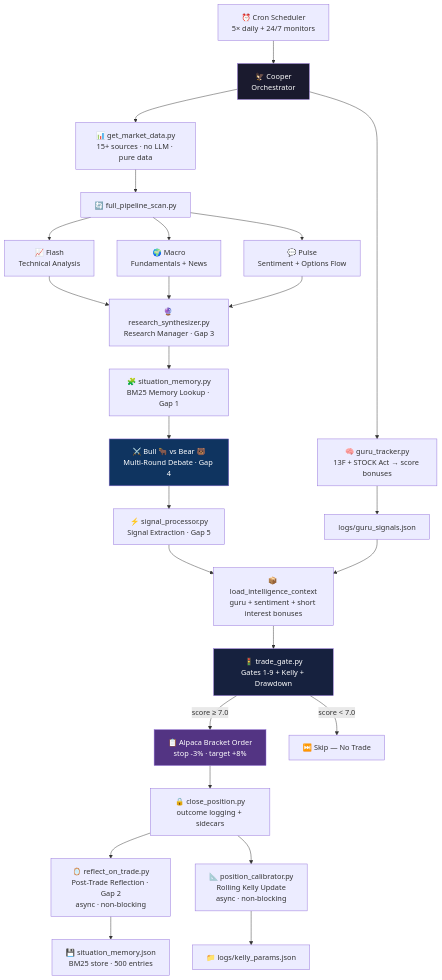
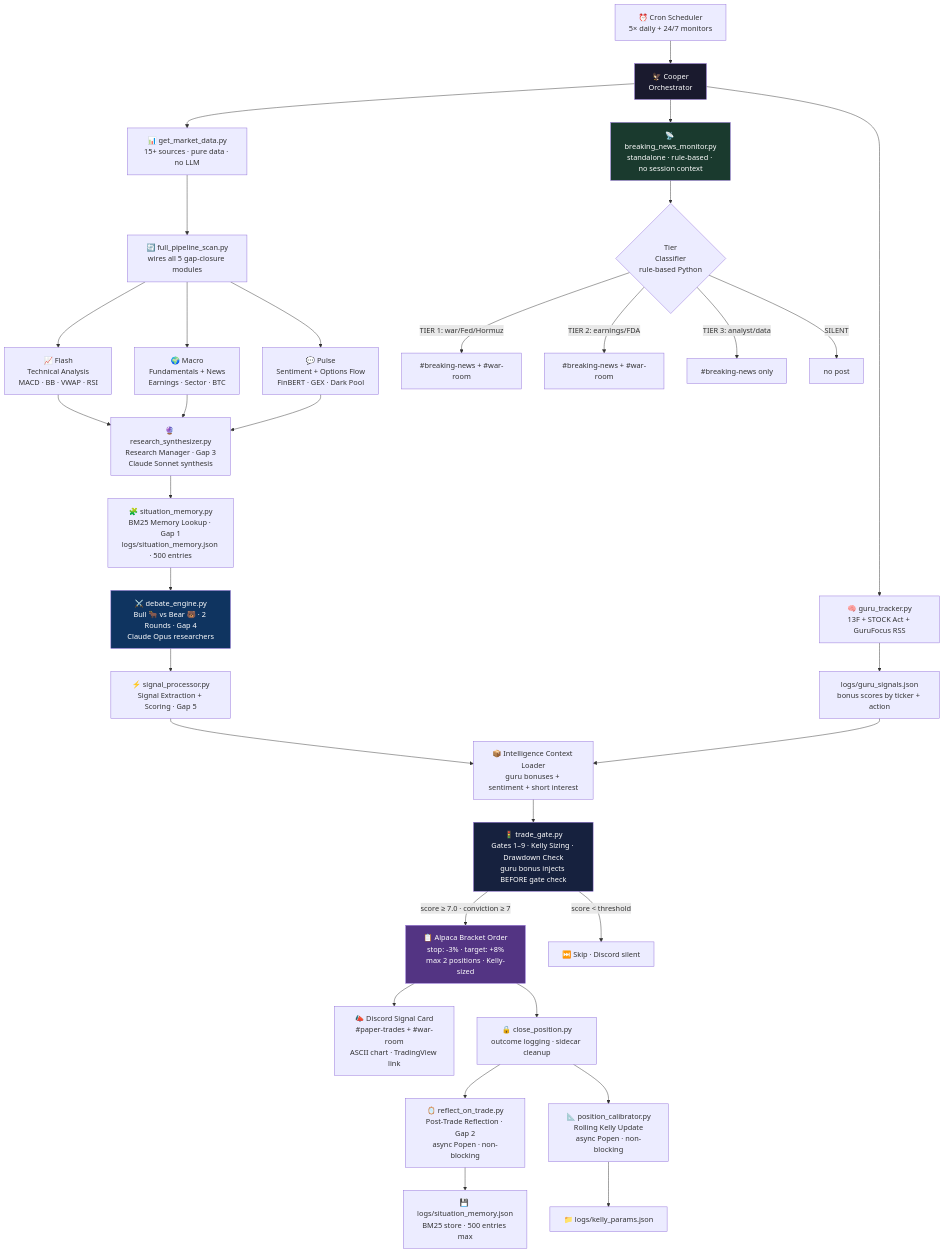
Before and after one commit to oabdelmaksoud/Pro-Trader-PLUGIN: the first of 9 diagrams in README.md, drawn with Mermaid. The commit also changed other lines of this file, not shown here.

First line of the commit message:
docs: comprehensive README overhaul — all current state + 8 Mermaid diagrams

````diff
--- a/README.md
+++ b/README.md
@@ -33,42 +35,51 @@
 ```mermaid
 flowchart TD
     CRON["⏰ Cron Scheduler\n5× daily + 24/7 monitors"] --> COOPER["🦅 Cooper\nOrchestrator"]
 
-    COOPER --> DATA["📊 get_market_data.py\n15+ sources · no LLM · pure data"]
-    COOPER --> GURU["🧠 guru_tracker.py\n13F + STOCK Act → score bonuses"]
+    COOPER --> DATA["📊 get_market_data.py\n15+ sources · pure data · no LLM"]
+    COOPER --> GURU["🧠 guru_tracker.py\n13F + STOCK Act + GuruFocus RSS"]
+    COOPER --> BNM["📡 breaking_news_monitor.py\nstandalone · rule-based · no session context"]
 
-    DATA --> PIPELINE["🔄 full_pipeline_scan.py"]
-    GURU --> SIGNALS["logs/guru_signals.json"]
+    DATA --> PIPELINE["🔄 full_pipeline_scan.py\nwires all 5 gap-closure modules"]
+    GURU --> GSIG["logs/guru_signals.json\nbonus scores by ticker + action"]
 
-    PIPELINE --> FLASH["📈 Flash\nTechnical Analysis"]
-    PIPELINE --> MACRO["🌍 Macro\nFundamentals + News"]
-    PIPELINE --> PULSE["💬 Pulse\nSentiment + Options Flow"]
+    PIPELINE --> FLASH["📈 Flash\nTechnical Analysis\nMACD · BB · VWAP · RSI"]
+    PIPELINE --> MACRO["🌍 Macro\nFundamentals + News\nEarnings · Sector · BTC"]
+    PIPELINE --> PULSE["💬 Pulse\nSentiment + Options Flow\nFinBERT · GEX · Dark Pool"]
 
-    FLASH --> SYNTH["🔮 research_synthesizer.py\nResearch Manager · Gap 3"]
+    FLASH --> SYNTH["🔮 research_synthesizer.py\nResearch Manager · Gap 3\nClaude Sonnet synthesis"]
     MACRO --> SYNTH
     PULSE --> SYNTH
 
-    SYNTH --> BM25["🧩 situation_memory.py\nBM25 Memory Lookup · Gap 1"]
-    BM25 --> DEBATE["⚔️ Bull 🐂 vs Bear 🐻\nMulti-Round Debate · Gap 4"]
-    DEBATE --> SIGPROC["⚡ signal_processor.py\nSignal Extraction · Gap 5"]
+    SYNTH --> BM25["🧩 situation_memory.py\nBM25 Memory Lookup · Gap 1\nlogs/situation_memory.json · 500 entries"]
+    BM25 --> DEBATE["⚔️ debate_engine.py\nBull 🐂 vs Bear 🐻 · 2 Rounds · Gap 4\nClaude Opus researchers"]
+    DEBATE --> SIGPROC["⚡ signal_processor.py\nSignal Extraction + Scoring · Gap 5"]
 
-    SIGPROC --> INTEL["📦 load_intelligence_context\nguru + sentiment + short interest bonuses"]
-    SIGNALS --> INTEL
+    SIGPROC --> INTEL["📦 Intelligence Context Loader\nguru bonuses + sentiment + short interest"]
+    GSIG --> INTEL
 
-    INTEL --> GATE["🚦 trade_gate.py\nGates 1-9 + Kelly + Drawdown"]
+    INTEL --> GATE["🚦 trade_gate.py\nGates 1–9 · Kelly Sizing · Drawdown Check\nguru bonus injects BEFORE gate check"]
 
-    GATE -->|score ≥ 7.0| ORDER["📋 Alpaca Bracket Order\nstop -3% · target +8%"]
-    GATE -->|score < 7.0| SKIP["⏭️ Skip — No Trade"]
+    GATE -->|"score ≥ 7.0 · conviction ≥ 7"| ORDER["📋 Alpaca Bracket Order\nstop: -3% · target: +8%\nmax 2 positions · Kelly-sized"]
+    GATE -->|"score < threshold"| SKIP["⏭️ Skip · Discord silent"]
 
-    ORDER --> CLOSE["🔒 close_position.py\noutcome logging + sidecars"]
-    CLOSE --> REFLECT["🪞 reflect_on_trade.py\nPost-Trade Reflection · Gap 2\nasync · non-blocking"]
-    CLOSE --> CALIBRATE["📐 position_calibrator.py\nRolling Kelly Update\nasync · non-blocking"]
+    ORDER --> DISCORD["📣 Discord Signal Card\n#paper-trades + #war-room\nASCII chart · TradingView link"]
+    ORDER --> CLOSE["🔒 close_position.py\noutcome logging · sidecar cleanup"]
+    CLOSE --> REFLECT["🪞 reflect_on_trade.py\nPost-Trade Reflection · Gap 2\nasync Popen · non-blocking"]
+    CLOSE --> CALIBRATE["📐 position_calibrator.py\nRolling Kelly Update\nasync Popen · non-blocking"]
 
-    REFLECT --> MEMORY["💾 situation_memory.json\nBM25 store · 500 entries"]
+    REFLECT --> MEMORY["💾 logs/situation_memory.json\nBM25 store · 500 entries max"]
     CALIBRATE --> KELLY["📁 logs/kelly_params.json"]
+
+    BNM --> TIER{"Tier\nClassifier\nrule-based Python"}
+    TIER -->|"TIER 1: war/Fed/Hormuz"| WR1["#breaking-news + #war-room"]
+    TIER -->|"TIER 2: earnings/FDA"| WR2["#breaking-news + #war-room"]
+    TIER -->|"TIER 3: analyst/data"| WR3["#breaking-news only"]
+    TIER -->|SILENT| NULL["no post"]
 
     style COOPER fill:#1a1a2e,color:#fff
     style GATE fill:#16213e,color:#fff
     style DEBATE fill:#0f3460,color:#fff
     style ORDER fill:#533483,color:#fff
+    style BNM fill:#1a3a2e,color:#fff
 ```
````
